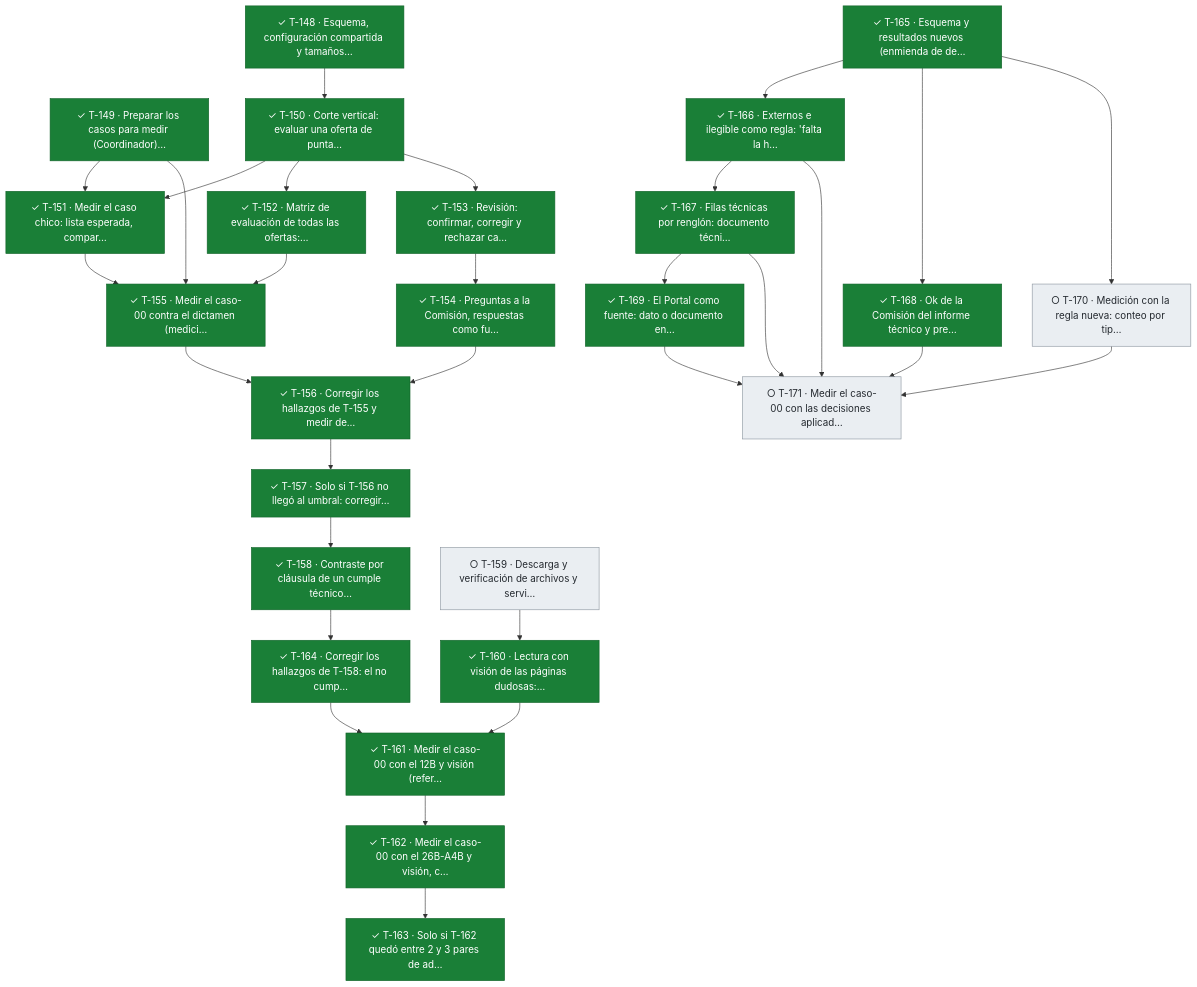
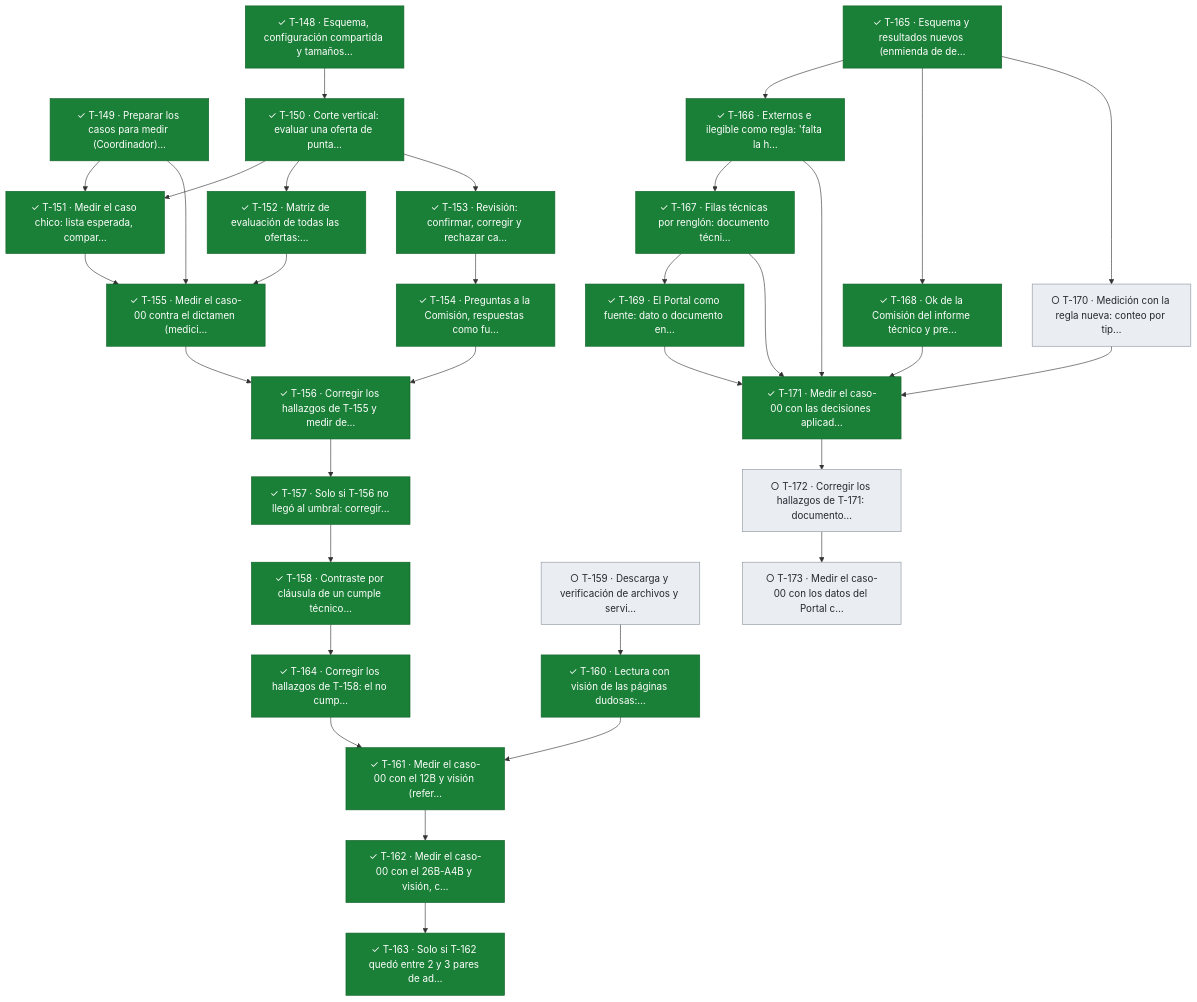
The seventh of 11 diagrams in docs/tablero.md (snavello/EVALUON), drawn with Mermaid before and after one commit. The commit also changed other lines of this file and 1 other file, not shown here.

Commit message:
gestión: T-171 medida (26/49, sin datos del Portal en la base); agrega T-172 y T-173

````diff
--- a/docs/tablero.md
+++ b/docs/tablero.md
@@ -699,61 +701,65 @@
 ```mermaid
 flowchart TD
   T148["✓ T-148 · Esquema, configuración compartida y tamaños…"]:::done
   T149["✓ T-149 · Preparar los casos para medir (Coordinador)…"]:::done
   T150["✓ T-150 · Corte vertical: evaluar una oferta de punta…"]:::done
   T151["✓ T-151 · Medir el caso chico: lista esperada, compar…"]:::done
   T152["✓ T-152 · Matriz de evaluación de todas las ofertas:…"]:::done
   T153["✓ T-153 · Revisión: confirmar, corregir y rechazar ca…"]:::done
   T154["✓ T-154 · Preguntas a la Comisión, respuestas como fu…"]:::done
   T155["✓ T-155 · Medir el caso-00 contra el dictamen (medici…"]:::done
   T156["✓ T-156 · Corregir los hallazgos de T-155 y medir de…"]:::done
   T157["✓ T-157 · Solo si T-156 no llegó al umbral: corregir…"]:::done
   T158["✓ T-158 · Contraste por cláusula de un cumple técnico…"]:::done
   T164["✓ T-164 · Corregir los hallazgos de T-158: el no cump…"]:::done
   T159["○ T-159 · Descarga y verificación de archivos y servi…"]:::todo
   T160["✓ T-160 · Lectura con visión de las páginas dudosas:…"]:::done
   T161["✓ T-161 · Medir el caso-00 con el 12B y visión (refer…"]:::done
   T162["✓ T-162 · Medir el caso-00 con el 26B-A4B y visión, c…"]:::done
   T163["✓ T-163 · Solo si T-162 quedó entre 2 y 3 pares de ad…"]:::done
   T165["✓ T-165 · Esquema y resultados nuevos (enmienda de de…"]:::done
   T166["✓ T-166 · Externos e ilegible como regla: 'falta la h…"]:::done
   T167["✓ T-167 · Filas técnicas por renglón: documento técni…"]:::done
   T168["✓ T-168 · Ok de la Comisión del informe técnico y pre…"]:::done
   T169["✓ T-169 · El Portal como fuente: dato o documento en…"]:::done
   T170["○ T-170 · Medición con la regla nueva: conteo por tip…"]:::todo
-  T171["○ T-171 · Medir el caso-00 con las decisiones aplicad…"]:::todo
+  T171["✓ T-171 · Medir el caso-00 con las decisiones aplicad…"]:::done
+  T172["○ T-172 · Corregir los hallazgos de T-171: documento…"]:::todo
+  T173["○ T-173 · Medir el caso-00 con los datos del Portal c…"]:::todo
   T148 --> T150
   T149 --> T151
   T150 --> T151
   T150 --> T152
   T150 --> T153
   T153 --> T154
   T149 --> T155
   T151 --> T155
   T152 --> T155
   T154 --> T156
   T155 --> T156
   T156 --> T157
   T157 --> T158
   T158 --> T164
   T159 --> T160
   T160 --> T161
   T164 --> T161
   T161 --> T162
   T162 --> T163
   T165 --> T166
   T166 --> T167
   T165 --> T168
   T167 --> T169
   T165 --> T170
   T166 --> T171
   T167 --> T171
   T168 --> T171
   T169 --> T171
   T170 --> T171
+  T171 --> T172
+  T172 --> T173
   classDef done fill:#1a7f37,stroke:#116329,color:#ffffff
   classDef review fill:#0969da,stroke:#0550ae,color:#ffffff
   classDef active fill:#bf8700,stroke:#7d4e00,color:#ffffff
   classDef blocked fill:#cf222e,stroke:#a40e26,color:#ffffff
   classDef todo fill:#eaeef2,stroke:#8c959f,color:#24292f
 ```
````
